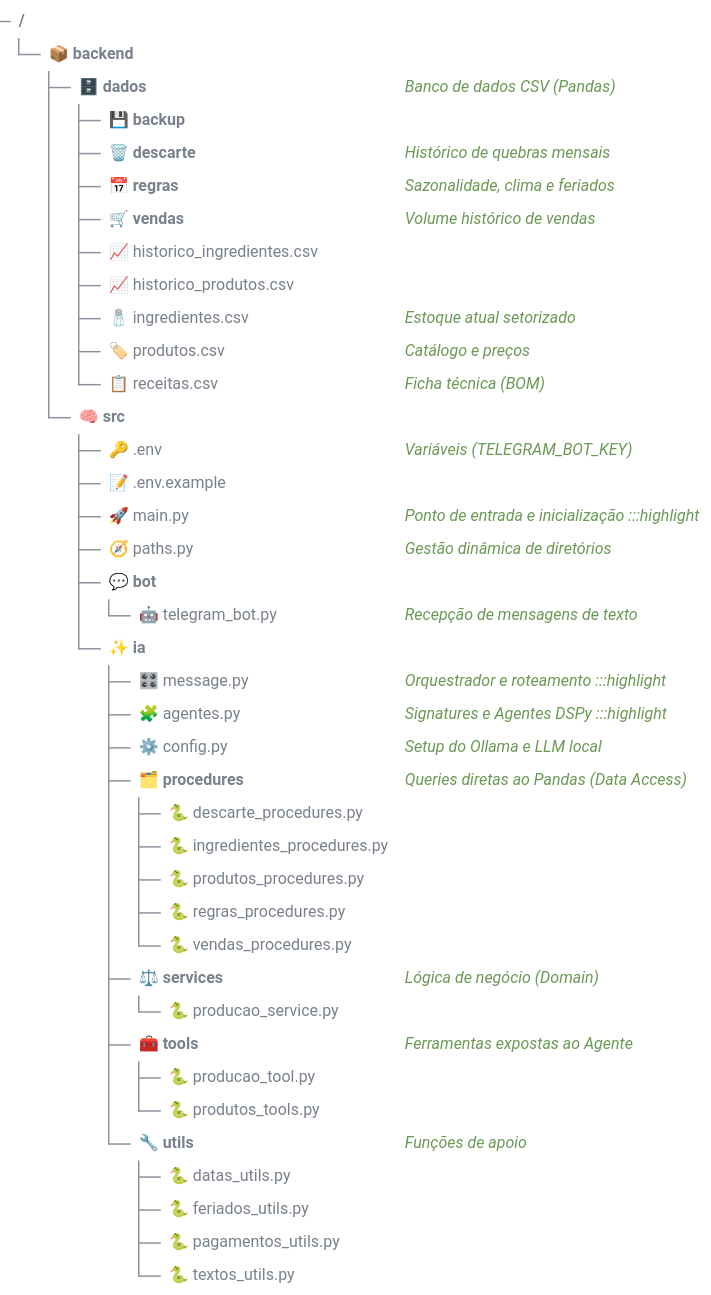
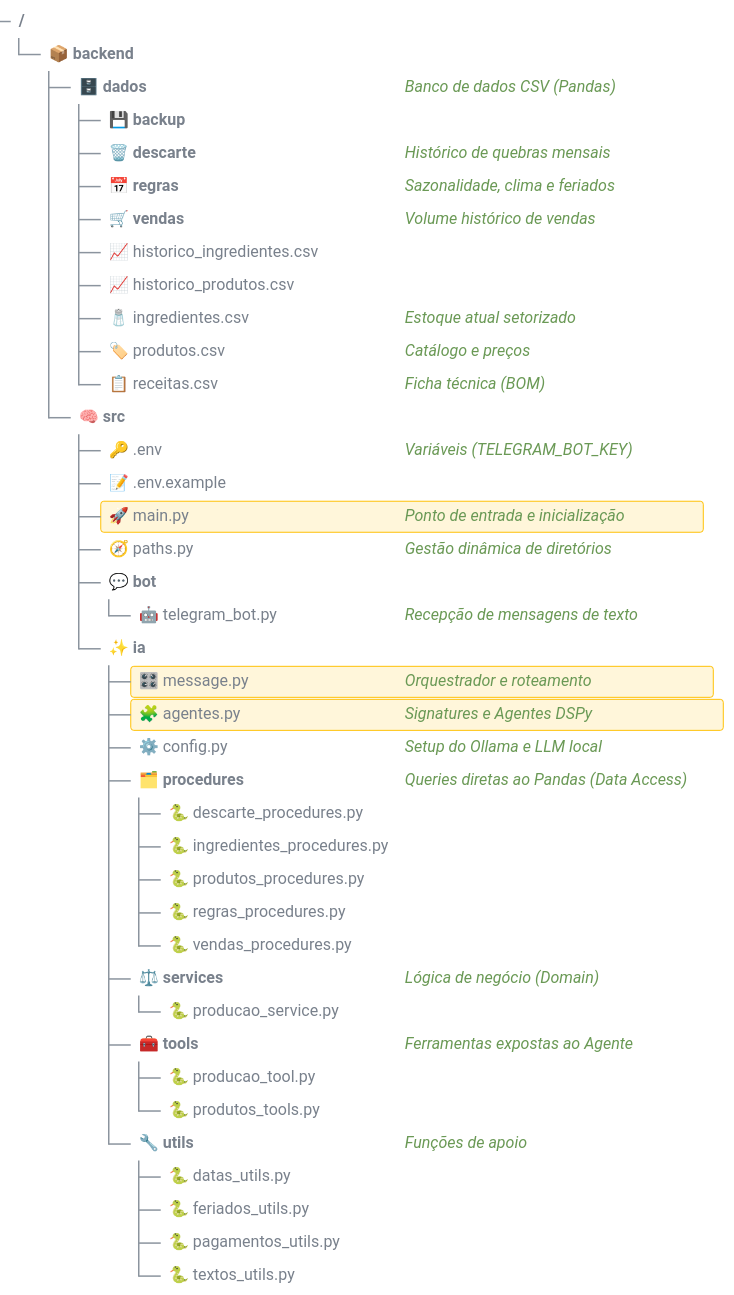
Before and after one commit to mvlsouza/api-1-semestre-2026-test: the second of 4 diagrams in docs/cliente/tecnico/Arquitetura.md, drawn with Mermaid.

````diff
--- a/docs/cliente/tecnico/Arquitetura.md
+++ b/docs/cliente/tecnico/Arquitetura.md
@@ -89,50 +89,50 @@
 ```mermaid
 %%{init: {
   'treeView': {'showIcons': false, 'rowIndent': 22, 'paddingX': 8, 'paddingY': 7, 'lineThickness': 1.5},
   'themeVariables': {'treeView': {
     'labelFontSize': '16px', 'labelColor': '#79818c', 'lineColor': '#8b949e',
     'descriptionColor': '#2ea043',
     'highlightBg': 'rgba(139,92,246,0.18)', 'highlightStroke': '#8b5cf6'
   }}
 }}%%
 treeView-beta
 📦 backend/
 ├── 🗄️ dados/ ## Banco de dados CSV (Pandas)
 │   ├── 💾 backup/
 │   ├── 🗑️ descarte/ ## Histórico de quebras mensais
 │   ├── 📅 regras/ ## Sazonalidade, clima e feriados
 │   ├── 🛒 vendas/ ## Volume histórico de vendas
 │   ├── 📈 historico_ingredientes.csv
 │   ├── 📈 historico_produtos.csv
 │   ├── 🧂 ingredientes.csv ## Estoque atual setorizado
 │   ├── 🏷️ produtos.csv ## Catálogo e preços
 │   └── 📋 receitas.csv ## Ficha técnica (BOM)
 └── 🧠 src/
     ├── 🔑 .env ## Variáveis (TELEGRAM_BOT_KEY)
     ├── 📝 .env.example
-    ├── 🚀 main.py ## Ponto de entrada e inicialização :::highlight
+    ├── 🚀 main.py :::highlight ## Ponto de entrada e inicialização
     ├── 🧭 paths.py ## Gestão dinâmica de diretórios
     ├── 💬 bot/
     │   └── 🤖 telegram_bot.py ## Recepção de mensagens de texto
     └── ✨ ia/
-        ├── 🎛️ message.py ## Orquestrador e roteamento :::highlight
-        ├── 🧩 agentes.py ## Signatures e Agentes DSPy :::highlight
+        ├── 🎛️ message.py :::highlight ## Orquestrador e roteamento
+        ├── 🧩 agentes.py :::highlight ## Signatures e Agentes DSPy
         ├── ⚙️ config.py ## Setup do Ollama e LLM local
         ├── 🗂️ procedures/ ## Queries diretas ao Pandas (Data Access)
         │   ├── 🐍 descarte_procedures.py
         │   ├── 🐍 ingredientes_procedures.py
         │   ├── 🐍 produtos_procedures.py
         │   ├── 🐍 regras_procedures.py
         │   └── 🐍 vendas_procedures.py
         ├── ⚖️ services/ ## Lógica de negócio (Domain)
         │   └── 🐍 producao_service.py
         ├── 🧰 tools/ ## Ferramentas expostas ao Agente
         │   ├── 🐍 producao_tool.py
         │   └── 🐍 produtos_tools.py
         └── 🔧 utils/ ## Funções de apoio
             ├── 🐍 datas_utils.py
             ├── 🐍 feriados_utils.py
             ├── 🐍 pagamentos_utils.py
             └── 🐍 textos_utils.py
 
 ```
````
